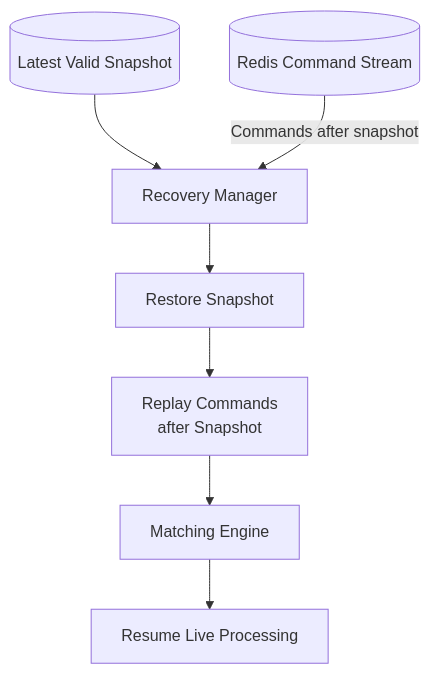
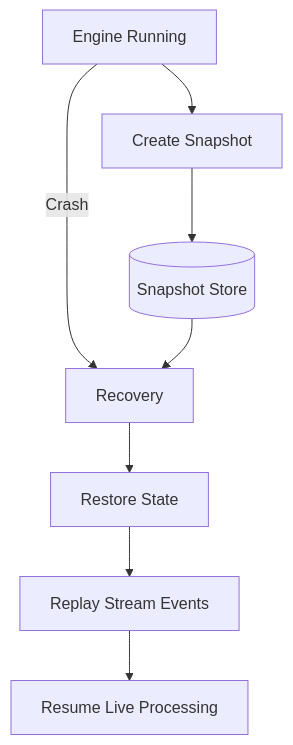
Before and after one commit to MANI-116/PERP: the ninth of 9 diagrams in README.md, drawn with Mermaid. The commit also changed other lines of this file, not shown here.

Commit message:
docs: redesign PerpX README as technical architecture showcase

````diff
--- a/README.md
+++ b/README.md
@@ -603,29 +347,10 @@
 ```mermaid
 flowchart TB
-
-    SNAP[("Latest Valid Snapshot")]
-
-    STREAM[("Redis Command Stream")]
-
-    RECOVERY["Recovery Manager"]
-
-    RESTORE["Restore Snapshot"]
-
-    REPLAY["Replay Commands<br/>after Snapshot"]
-
-    ENGINE["Matching Engine"]
-
-    LIVE["Resume Live Processing"]
-
-    SNAP --> RECOVERY
-
-    STREAM -->|"Commands after snapshot"| RECOVERY
-
-    RECOVERY --> RESTORE
-
-    RESTORE --> REPLAY
-
-    REPLAY --> ENGINE
-
-    ENGINE --> LIVE
+    RUN["Engine Running"] --> SNAP["Create Snapshot"]
+    SNAP --> STORE[("Snapshot Store")]
+    RUN -->|Crash| REC["Recovery"]
+    STORE --> REC
+    REC --> RESTORE["Restore State"]
+    RESTORE --> REPLAY["Replay Stream Events"]
+    REPLAY --> LIVE["Resume Live Processing"]
 ```
````
